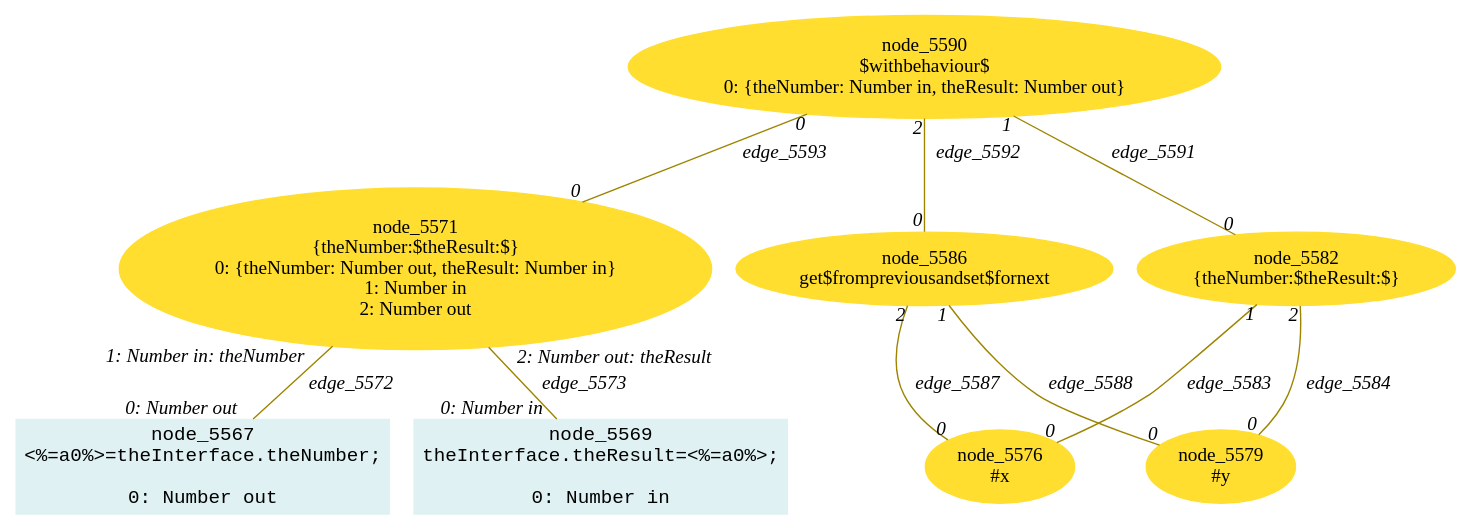
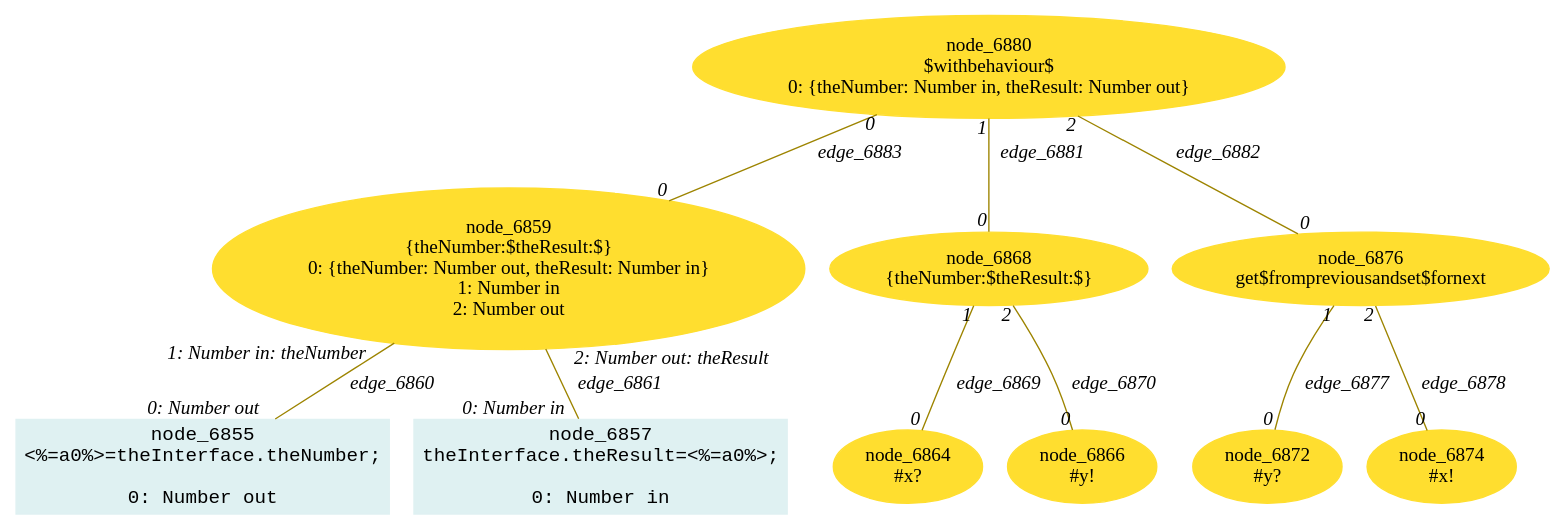
Before and after one commit to crubier/lidl: the diagram in lidl-core/example/ok/simplePreviousNext/dot/13referentialTransparencyInstances1.dot, drawn with Graphviz. The commit also changed 2396 other files, not shown here.

Commit message:
ok but make flow does not work

```diff
--- a/lidl-core/example/ok/simplePreviousNext/dot/13referentialTransparencyInstances1.dot
+++ b/lidl-core/example/ok/simplePreviousNext/dot/13referentialTransparencyInstances1.dot
@@ -1,38 +1,44 @@
-digraph g{node_5567 [shape="box", style="filled", color="#dff1f2", fontname="Courier", label="node_5567
+digraph g{node_6855 [shape="box", style="filled", color="#dff1f2", fontname="Courier", label="node_6855
 <%=a0%>=theInterface.theNumber;
 
 0: Number out" ]
-node_5569 [shape="box", style="filled", color="#dff1f2", fontname="Courier", label="node_5569
+node_6857 [shape="box", style="filled", color="#dff1f2", fontname="Courier", label="node_6857
 theInterface.theResult=<%=a0%>;
 
 0: Number in" ]
-node_5571 [shape="ellipse", style="filled", color="#ffde2f", fontname="Times", label="node_5571
+node_6859 [shape="ellipse", style="filled", color="#ffde2f", fontname="Times", label="node_6859
 {theNumber:$theResult:$}
 0: {theNumber: Number out, theResult: Number in}
 1: Number in
 2: Number out" ]
-node_5576 [shape="ellipse", style="filled", color="#ffde2f", fontname="Times", label="node_5576
-#x
+node_6864 [shape="ellipse", style="filled", color="#ffde2f", fontname="Times", label="node_6864
+#x?
 " ]
-node_5579 [shape="ellipse", style="filled", color="#ffde2f", fontname="Times", label="node_5579
-#y
+node_6866 [shape="ellipse", style="filled", color="#ffde2f", fontname="Times", label="node_6866
+#y!
 " ]
-node_5582 [shape="ellipse", style="filled", color="#ffde2f", fontname="Times", label="node_5582
+node_6868 [shape="ellipse", style="filled", color="#ffde2f", fontname="Times", label="node_6868
 {theNumber:$theResult:$}
 " ]
-node_5586 [shape="ellipse", style="filled", color="#ffde2f", fontname="Times", label="node_5586
+node_6872 [shape="ellipse", style="filled", color="#ffde2f", fontname="Times", label="node_6872
+#y?
+" ]
+node_6874 [shape="ellipse", style="filled", color="#ffde2f", fontname="Times", label="node_6874
+#x!
+" ]
+node_6876 [shape="ellipse", style="filled", color="#ffde2f", fontname="Times", label="node_6876
 get$frompreviousandset$fornext
 " ]
-node_5590 [shape="ellipse", style="filled", color="#ffde2f", fontname="Times", label="node_5590
+node_6880 [shape="ellipse", style="filled", color="#ffde2f", fontname="Times", label="node_6880
 $withbehaviour$
 0: {theNumber: Number in, theResult: Number out}" ]
-node_5571 -> node_5567 [dir=none, arrowHead=none, fontname="Times-Italic", arrowsize=1, color="#9d8400", label="edge_5572",  headlabel="0: Number out", taillabel="1: Number in: theNumber" ]
-node_5571 -> node_5569 [dir=none, arrowHead=none, fontname="Times-Italic", arrowsize=1, color="#9d8400", label="edge_5573",  headlabel="0: Number in", taillabel="2: Number out: theResult" ]
-node_5582 -> node_5576 [dir=none, arrowHead=none, fontname="Times-Italic", arrowsize=1, color="#9d8400", label="edge_5583",  headlabel="0", taillabel="1" ]
-node_5582 -> node_5579 [dir=none, arrowHead=none, fontname="Times-Italic", arrowsize=1, color="#9d8400", label="edge_5584",  headlabel="0", taillabel="2" ]
-node_5586 -> node_5576 [dir=none, arrowHead=none, fontname="Times-Italic", arrowsize=1, color="#9d8400", label="edge_5587",  headlabel="0", taillabel="2" ]
-node_5586 -> node_5579 [dir=none, arrowHead=none, fontname="Times-Italic", arrowsize=1, color="#9d8400", label="edge_5588",  headlabel="0", taillabel="1" ]
-node_5590 -> node_5582 [dir=none, arrowHead=none, fontname="Times-Italic", arrowsize=1, color="#9d8400", label="edge_5591",  headlabel="0", taillabel="1" ]
-node_5590 -> node_5586 [dir=none, arrowHead=none, fontname="Times-Italic", arrowsize=1, color="#9d8400", label="edge_5592",  headlabel="0", taillabel="2" ]
-node_5590 -> node_5571 [dir=none, arrowHead=none, fontname="Times-Italic", arrowsize=1, color="#9d8400", label="edge_5593",  headlabel="0", taillabel="0" ]
+node_6859 -> node_6855 [dir=none, arrowHead=none, fontname="Times-Italic", arrowsize=1, color="#9d8400", label="edge_6860",  headlabel="0: Number out", taillabel="1: Number in: theNumber" ]
+node_6859 -> node_6857 [dir=none, arrowHead=none, fontname="Times-Italic", arrowsize=1, color="#9d8400", label="edge_6861",  headlabel="0: Number in", taillabel="2: Number out: theResult" ]
+node_6868 -> node_6864 [dir=none, arrowHead=none, fontname="Times-Italic", arrowsize=1, color="#9d8400", label="edge_6869",  headlabel="0", taillabel="1" ]
+node_6868 -> node_6866 [dir=none, arrowHead=none, fontname="Times-Italic", arrowsize=1, color="#9d8400", label="edge_6870",  headlabel="0", taillabel="2" ]
+node_6876 -> node_6872 [dir=none, arrowHead=none, fontname="Times-Italic", arrowsize=1, color="#9d8400", label="edge_6877",  headlabel="0", taillabel="1" ]
+node_6876 -> node_6874 [dir=none, arrowHead=none, fontname="Times-Italic", arrowsize=1, color="#9d8400", label="edge_6878",  headlabel="0", taillabel="2" ]
+node_6880 -> node_6868 [dir=none, arrowHead=none, fontname="Times-Italic", arrowsize=1, color="#9d8400", label="edge_6881",  headlabel="0", taillabel="1" ]
+node_6880 -> node_6876 [dir=none, arrowHead=none, fontname="Times-Italic", arrowsize=1, color="#9d8400", label="edge_6882",  headlabel="0", taillabel="2" ]
+node_6880 -> node_6859 [dir=none, arrowHead=none, fontname="Times-Italic", arrowsize=1, color="#9d8400", label="edge_6883",  headlabel="0", taillabel="0" ]
 }
```
